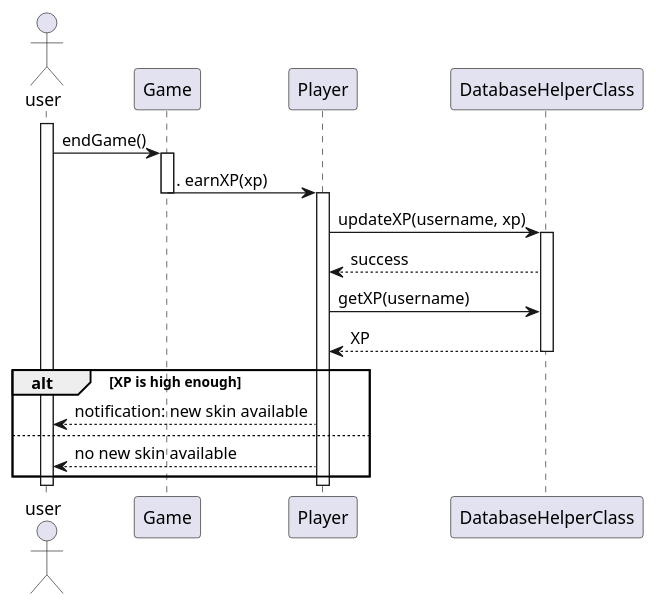
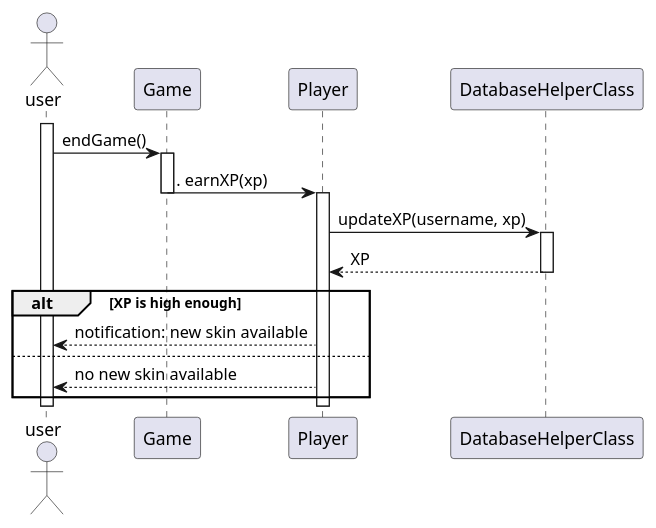
One commit to PolyPong/PolyPong changed the diagram in doc/sequencediagrams/fr27.puml. Above: the diagram before and after it, drawn with PlantUML.

```diff
--- a/doc/sequencediagrams/fr27.puml
+++ b/doc/sequencediagrams/fr27.puml
@@ -1,29 +1,31 @@
+@startuml
 actor user
 participant Game
 participant Player as U
 participant DatabaseHelperClass as db
 
 activate user
 ''        loop
         user -> Game: endGame()
         activate Game
 ''                        Game --> user: game event
 ''                end
                 
         Game -> U:. earnXP(xp)
         deactivate Game
         activate U
         
                 U -> db: updateXP(username, xp)
         activate db
-                db --> U: success
-                U -> db: getXP(username)
                 db --> U: XP
+  '              U -> db: getXP(username)
+  '              db --> U: XP
         deactivate db
                 alt XP is high enough
                         U --> user: notification: new skin available
                 else
                         U --> user: no new skin available
                 end
 deactivate user
 deactivate U
+@enduml
```
